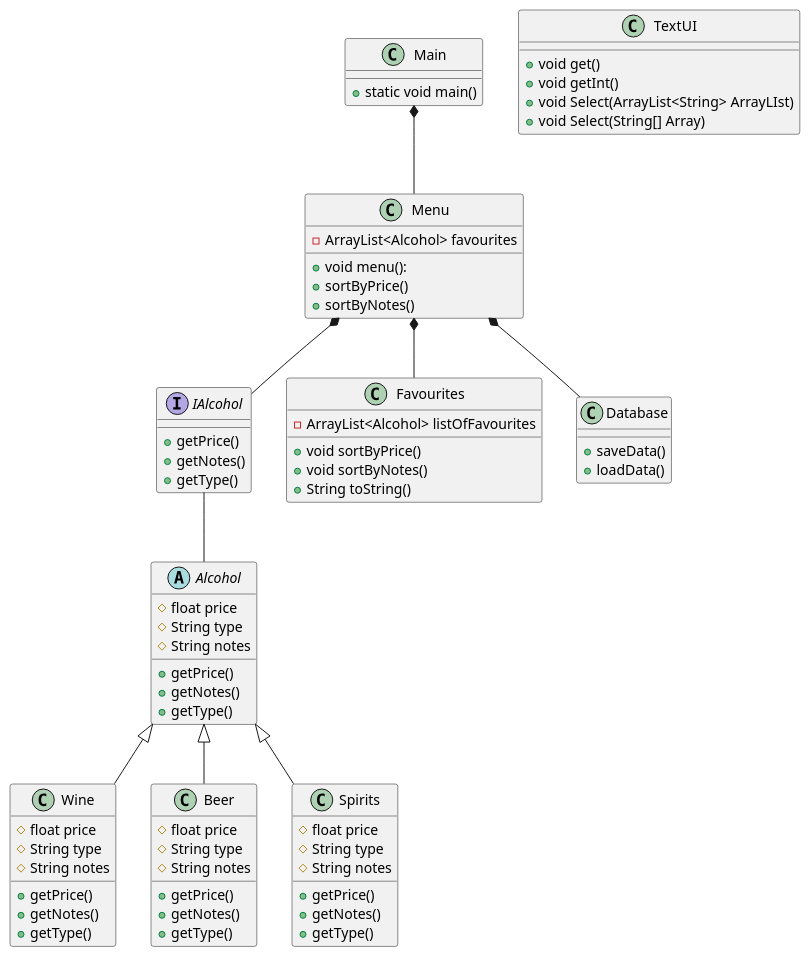
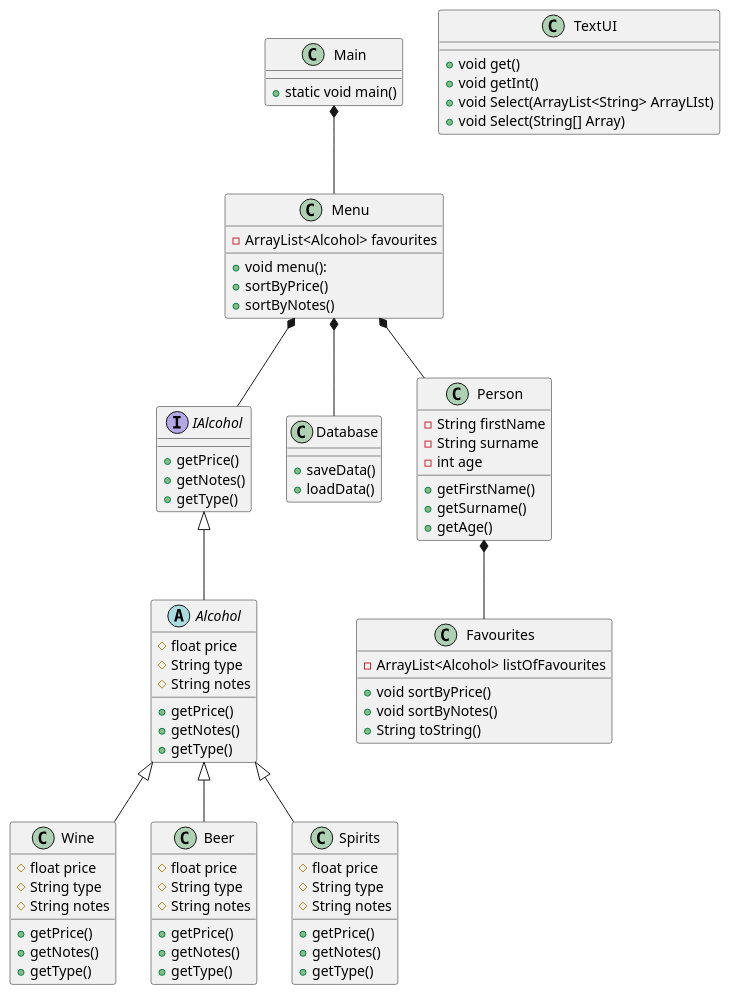
One commit to LucasHemm/ICEProjekt changed the diagram in src/ClassDiagram.puml. Above: the diagram before and after it, drawn with PlantUML. The commit also changed 1 other file, not shown here.

Commit message:
Class Diagram second draft.

```diff
--- a/src/ClassDiagram.puml
+++ b/src/ClassDiagram.puml
@@ -1,77 +1,87 @@
 @startuml
 class Main
 class Menu
 interface IAlcohol
 abstract class Alcohol
 class Wine
 class Beer
 class Spirits
 class Favourites
 class Database
 class TextUI
+class Person
 
 Main : + static void main()
 
 Menu : - ArrayList<Alcohol> favourites
 Menu : + void menu():
 Menu : +sortByPrice()
 Menu : +sortByNotes()
+
+Person : -String firstName
+Person : -String surname
+Person : -int age
+Person : +getFirstName()
+Person : +getSurname()
+Person : +getAge()
 
 Favourites : - ArrayList<Alcohol> listOfFavourites
 Favourites : +void sortByPrice()
 Favourites : + void sortByNotes()
 Favourites : + String toString()
 
 Database : +saveData()
 Database : +loadData()
 
 TextUI : + void get()
 TextUI : + void getInt()
 TextUI : +void Select(ArrayList<String> ArrayLIst)
 TextUI : +void Select(String[] Array)
 
 IAlcohol : +getPrice()
 IAlcohol : +getNotes()
 IAlcohol : +getType()
 
 Alcohol : # float price
 Alcohol : # String type
 Alcohol : # String notes
 Alcohol : +getPrice()
 Alcohol : +getNotes()
 Alcohol : +getType()
 
 Beer : # float price
 Beer : # String type
 Beer : # String notes
 Beer : +getPrice()
 Beer : +getNotes()
 Beer : +getType()
 
 Wine : # float price
 Wine : # String type
 Wine : # String notes
 Wine : +getPrice()
 Wine : +getNotes()
 Wine : +getType()
 
 Spirits : # float price
 Spirits : # String type
 Spirits : # String notes
 Spirits : +getPrice()
 Spirits : +getNotes()
 Spirits : +getType()
 
 Alcohol <|-- Beer
 Alcohol <|-- Wine
 Alcohol <|-- Spirits
 
-IAlcohol -- Alcohol
+IAlcohol <|-- Alcohol
 
+Person *-- Favourites
+
+Menu *-- Person
 Menu *-- IAlcohol
-Menu *-- Favourites
 Menu *-- Database
 
 Main *-- Menu
 
 @enduml
```
